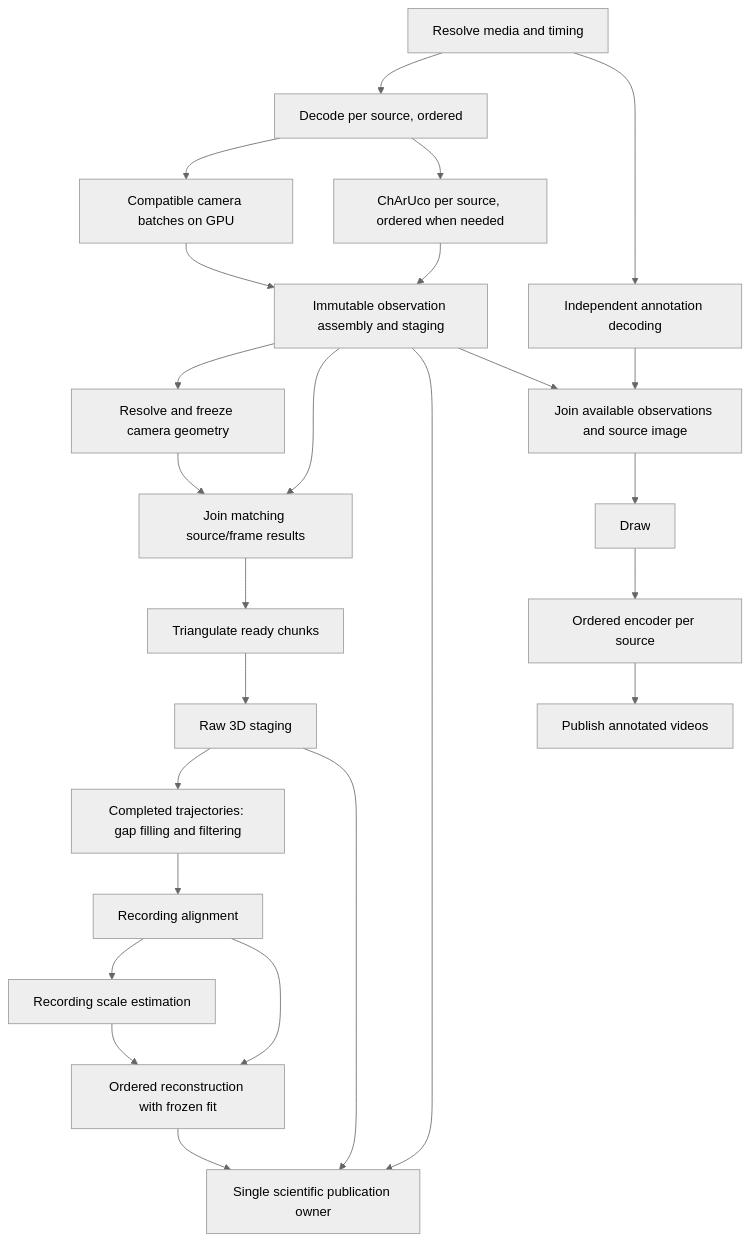
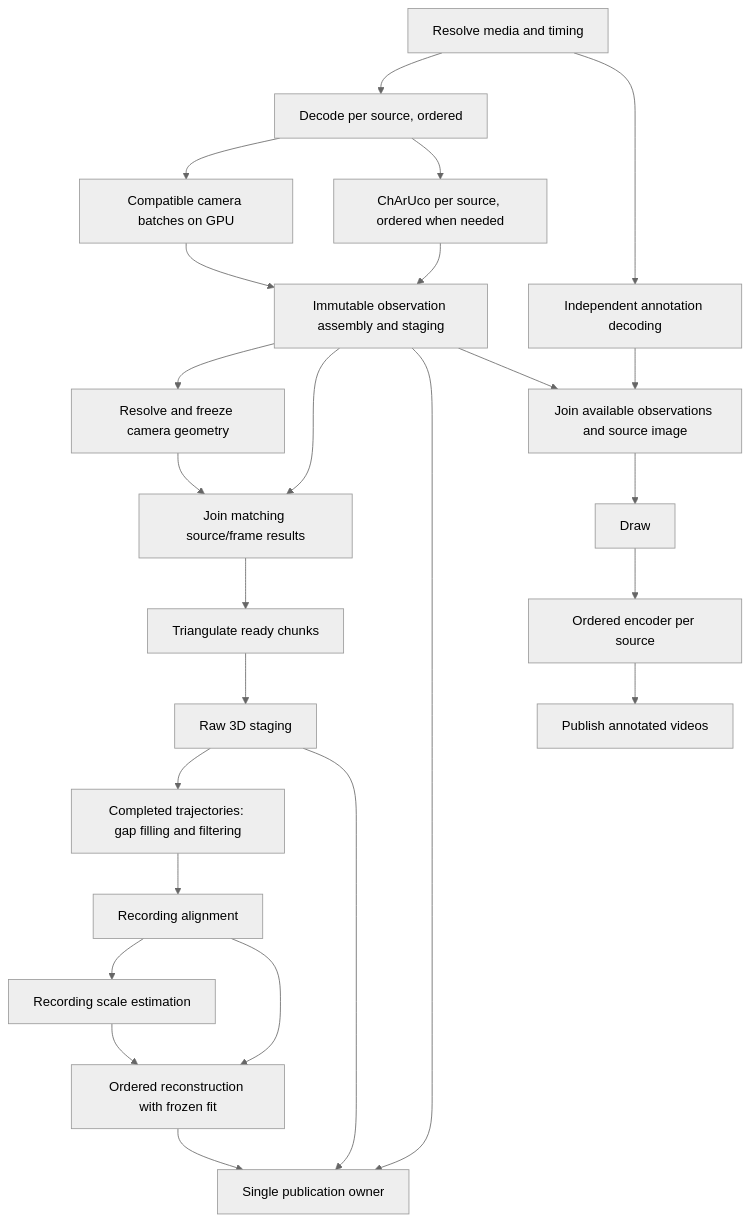
One commit to freemocap/freemocap changed the second of 2 diagrams in current-work-plans/02-pipeline/executable-graph-architecture.md. Above: the diagram before and after it, drawn with Mermaid (neutral theme). The commit also changed other lines of this file and 248 other files, not shown here.

````diff
--- a/current-work-plans/02-pipeline/executable-graph-architecture.md
+++ b/current-work-plans/02-pipeline/executable-graph-architecture.md
@@ -131,27 +131,27 @@
 ```mermaid
 flowchart TD
     SRC[Resolve media and timing] --> DEC[Decode per source, ordered]
     DEC --> POSE[Compatible camera batches on GPU]
     DEC --> BOARD[ChArUco per source, ordered when needed]
     POSE --> OBS[Immutable observation assembly and staging]
     BOARD --> OBS
     OBS --> MATCH[Resolve and freeze camera geometry]
     OBS --> JOIN[Join matching source/frame results]
     MATCH --> JOIN
     JOIN --> TRI[Triangulate ready chunks]
     TRI --> RAW[Raw 3D staging]
     RAW --> FILT[Completed trajectories: gap filling and filtering]
     FILT --> ALIGN[Recording alignment]
     ALIGN --> SCALE[Recording scale estimation]
     ALIGN --> RECON[Ordered reconstruction with frozen fit]
     SCALE --> RECON
-    OBS --> PUB[Single scientific publication owner]
+    OBS --> PUB[Single publication owner]
     RAW --> PUB
     RECON --> PUB
     OBS --> ANN[Join available observations and source image]
     SRC --> ADEC[Independent annotation decoding]
     ADEC --> ANN
     ANN --> DRAW[Draw]
     DRAW --> ENC[Ordered encoder per source]
     ENC --> VPUB[Publish annotated videos]
 ```
````
